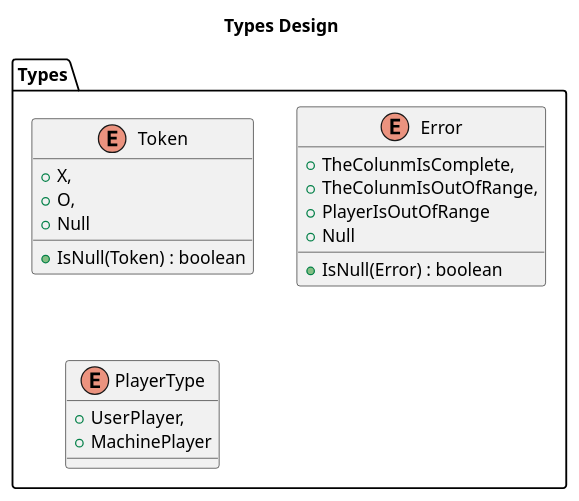
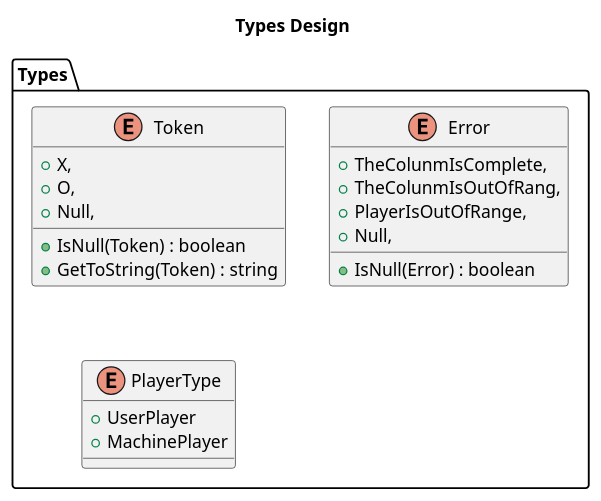
One commit to franpaulinoinfante/MasterSoftwareDevelopment changed the sixth of 7 diagrams in src/Connect4/DocumentView/WithFactoryMethod/Docs/Design.plantuml. Above: the diagram before and after it, drawn with PlantUML. The commit also changed other lines of this file and 28 other files, not shown here.

```diff
--- a/src/Connect4/DocumentView/WithFactoryMethod/Docs/Design.plantuml
+++ b/src/Connect4/DocumentView/WithFactoryMethod/Docs/Design.plantuml
@@ -307,24 +312,25 @@
 @startuml TypesDesign
 title Types Design
 package Types{
     enum Token{
         +X,
         +O,
-        +Null
+        +Null,
         +IsNull(Token) : boolean
+        +GetToString(Token) : string
     }
 
     enum Error{
         +TheColunmIsComplete,
-        +TheColunmIsOutOfRange,
-        +PlayerIsOutOfRange
-        +Null
+        +TheColunmIsOutOfRang,
+        +PlayerIsOutOfRange,
+        +Null,
         +IsNull(Error) : boolean
     }
 
     enum PlayerType{
-        +UserPlayer,
+        +UserPlayer
         +MachinePlayer
     }
 }
 @enduml
```
